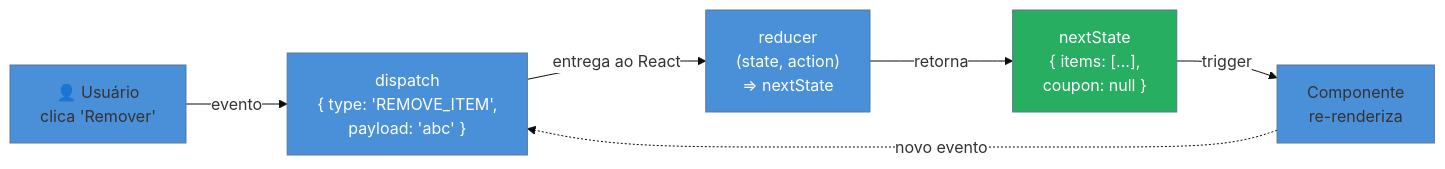
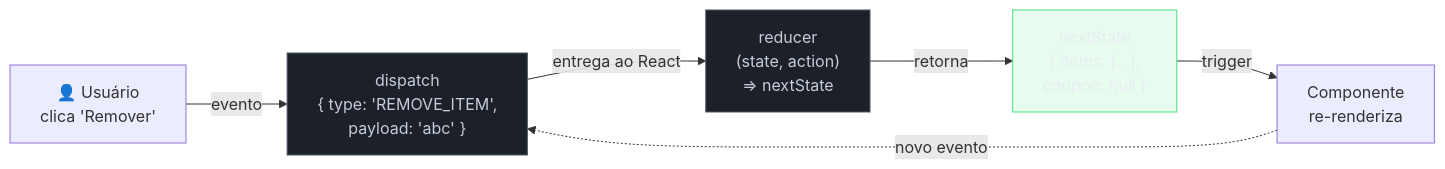
The first of 2 diagrams in 03-Dominios/Tecnologia/React/React core/12 - useReducer e estado complexo.md (josenaldo/codex-technomanticus), drawn with Mermaid before and after one commit. The commit also changed other lines of this file and 1181 other files, not shown here.

First line of the commit message:
fix(diagramas): paleta do sistema no lugar de cor cravada no markdown

````diff
--- a/03-Dominios/Tecnologia/React/React core/12 - useReducer e estado complexo.md
+++ b/03-Dominios/Tecnologia/React/React core/12 - useReducer e estado complexo.md
@@ -225,19 +225,20 @@
 ```mermaid
-%%{init: {"theme": "base", "themeVariables": {"primaryColor": "#4A90D9", "edgeLabelBackground": "#ffffff"}}}%%
 flowchart LR
+    classDef neutro fill:#1B2029,stroke:#4E5666,color:#C6CCD8
+    classDef ok fill:#4ADE8021,stroke:#4ADE80,color:#E9ECF2
     U["👤 Usuário\nclica 'Remover'"]
     D["dispatch\n{ type: 'REMOVE_ITEM',\n  payload: 'abc' }"]
     R["reducer\n(state, action)\n⇒ nextState"]
     S["nextState\n{ items: [...],\n  coupon: null }"]
     C["Componente\nre-renderiza"]
 
     U -->|evento| D
     D -->|entrega ao React| R
     R -->|retorna| S
     S -->|trigger| C
     C -.->|novo evento| D
 
-    style D fill:#4A90D9,color:#fff
-    style R fill:#4A90D9,color:#fff
-    style S fill:#27AE60,color:#fff
+    class D neutro
+    class R neutro
+    class S ok
 ```
````
